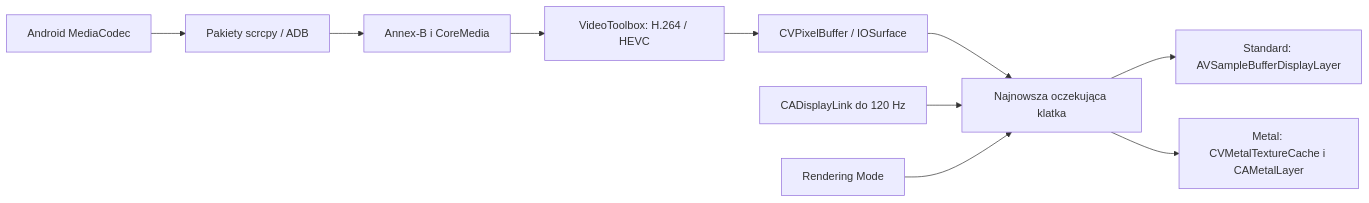
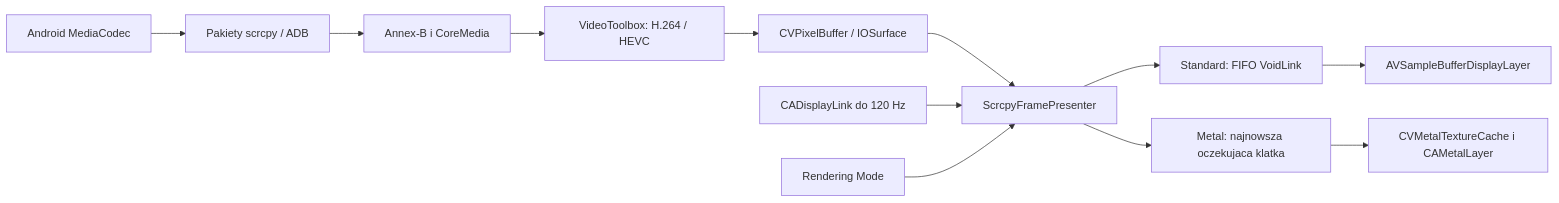
One commit to WillSmith4/screen changed the diagram in docs/native-video-rendering.md. Above: the diagram before and after it, drawn with Mermaid. The commit also changed other lines of this file and 3 other files, not shown here.

Commit message:
Clarify Standard queue behavior and verify stale frames never present

````diff
--- a/docs/native-video-rendering.md
+++ b/docs/native-video-rendering.md
@@ -9,12 +9,14 @@
 ```mermaid
 flowchart LR
   Android[Android MediaCodec] --> ADB[Pakiety scrcpy / ADB]
   ADB --> Native[Annex-B i CoreMedia]
   Native --> VT[VideoToolbox: H.264 / HEVC]
   VT --> Surface[CVPixelBuffer / IOSurface]
-  Surface --> Presenter[Najnowsza oczekująca klatka]
+  Surface --> Presenter[ScrcpyFramePresenter]
   Clock[CADisplayLink do 120 Hz] --> Presenter
   Setting[Rendering Mode] --> Presenter
-  Presenter --> Standard[Standard: AVSampleBufferDisplayLayer]
-  Presenter --> Metal[Metal: CVMetalTextureCache i CAMetalLayer]
+  Presenter --> Queue[Standard: FIFO VoidLink]
+  Queue --> Standard[AVSampleBufferDisplayLayer]
+  Presenter --> Latest[Metal: najnowsza oczekujaca klatka]
+  Latest --> Metal[CVMetalTextureCache i CAMetalLayer]
 ```
````
